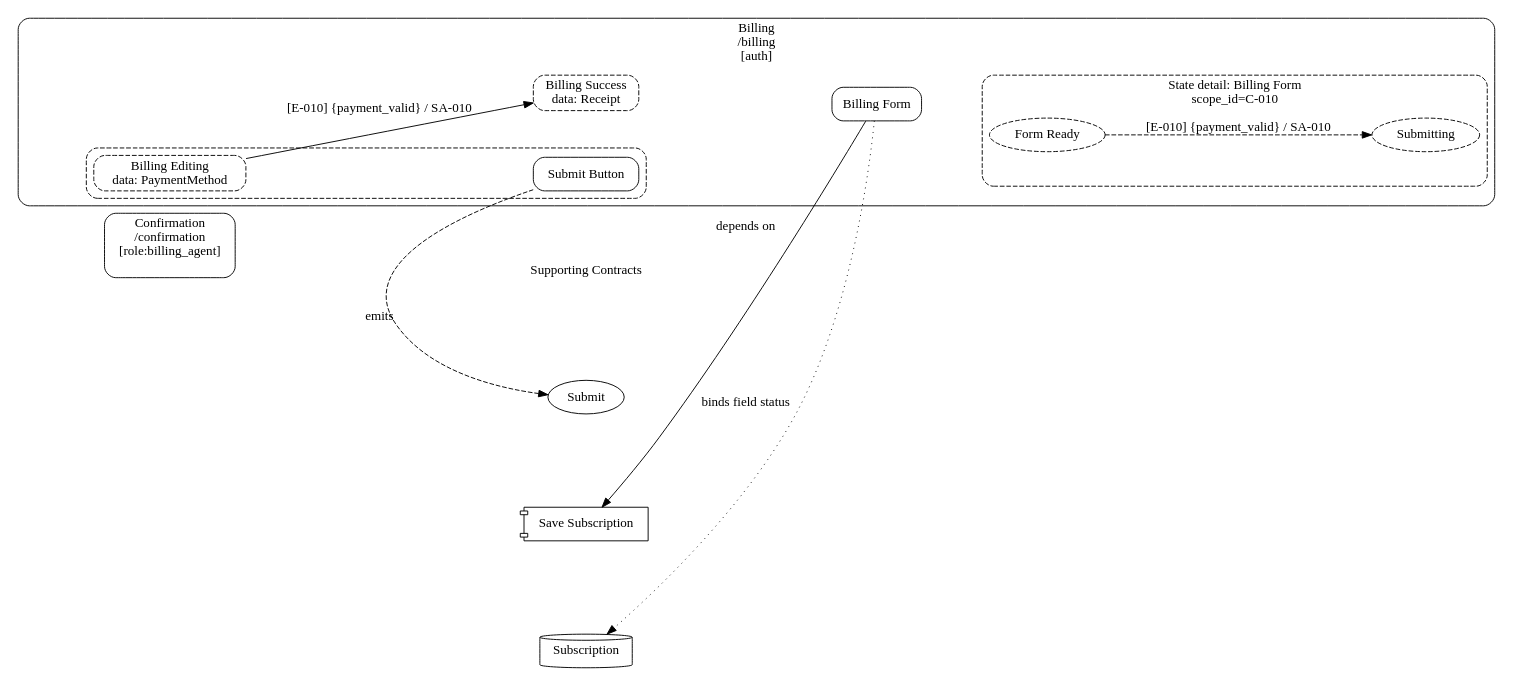
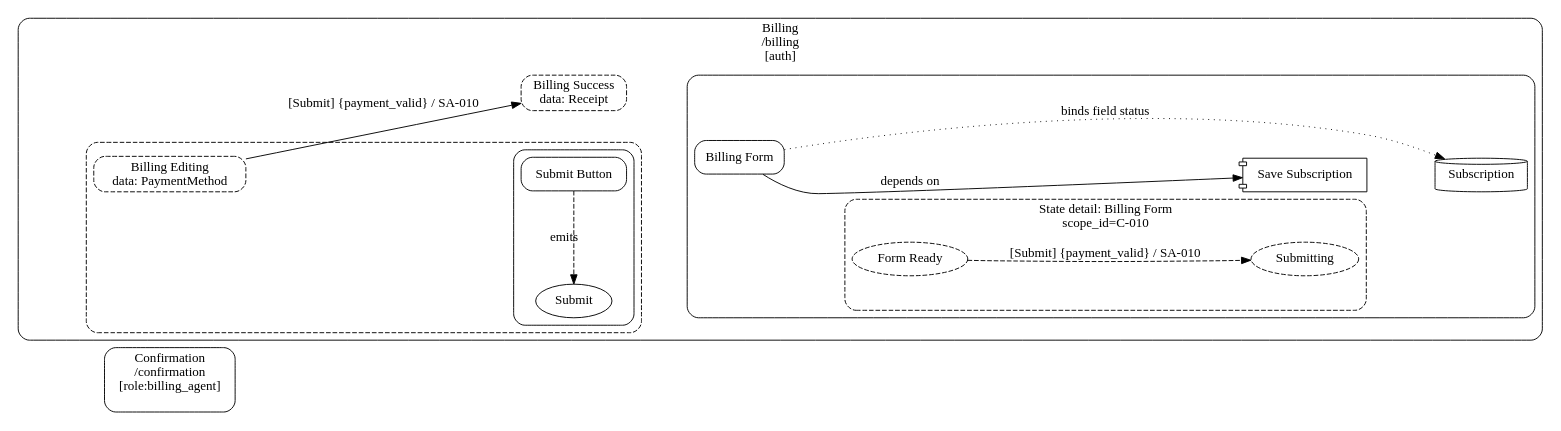
Before and after one commit to knutopia/Structured-Design-Documents: the diagram in examples/rendered/v0.1/ui_contracts_diagram_type/place_viewstate_transition_example/recommended_profile/place_viewstate_transition.ui_contracts.dot, drawn with Graphviz. The commit also changed 32 other files, not shown here.

```diff
--- a/examples/rendered/v0.1/ui_contracts_diagram_type/place_viewstate_transition_example/recommended_profile/place_viewstate_transition.ui_contracts.dot
+++ b/examples/rendered/v0.1/ui_contracts_diagram_type/place_viewstate_transition_example/recommended_profile/place_viewstate_transition.ui_contracts.dot
@@ -1,47 +1,47 @@
 digraph ui_contracts {
   rankdir=LR;
   graph [fontname="Public Sans", compound=true, nodesep=0.7, ranksep=1.0];
   node [fontname="Public Sans"];
   edge [fontname="Public Sans"];
   subgraph cluster_P_010 {
     graph [label="Billing\n/billing\n[auth]", style="rounded"];
     "P-010__anchor" [label="", shape="point", width=0, height=0, style="invis"];
     subgraph cluster_VS_010a {
       graph [label="", style="rounded,dashed"];
       "VS-010a" [shape="box", style="rounded,dashed", label="Billing Editing\ndata: PaymentMethod"];
-      "C-011" [shape="box", style="rounded", label="Submit Button"];
+      subgraph cluster_C_011 {
+        graph [label="", style="rounded"];
+        "C-011" [shape="box", style="rounded", label="Submit Button"];
+        "E-010" [shape="oval", label="Submit"];
+      }
     }
     "VS-010b" [shape="box", style="rounded,dashed", label="Billing Success\ndata: Receipt"];
-    "C-010" [shape="box", style="rounded", label="Billing Form"];
-    subgraph cluster_secondary_state_group_C_010 {
-      graph [label="State detail: Billing Form\nscope_id=C-010", style="rounded,dashed"];
-      "ST-010a" [shape="ellipse", style="dashed", label="Form Ready"];
-      "ST-010b" [shape="ellipse", style="dashed", label="Submitting"];
+    subgraph cluster_C_010 {
+      graph [label="", style="rounded"];
+      "C-010" [shape="box", style="rounded", label="Billing Form"];
+      subgraph cluster_secondary_state_group_C_010 {
+        graph [label="State detail: Billing Form\nscope_id=C-010", style="rounded,dashed"];
+        "ST-010a" [shape="ellipse", style="dashed", label="Form Ready"];
+        "ST-010b" [shape="ellipse", style="dashed", label="Submitting"];
+      }
+      "SA-010" [shape="component", label="Save Subscription"];
+      "D-010" [shape="cylinder", label="Subscription"];
     }
   }
   subgraph cluster_P_011 {
     graph [label="Confirmation\n/confirmation\n[role:billing_agent]", style="rounded"];
     "P-011__anchor" [label="", shape="point", width=0, height=0, style="invis"];
   }
-  subgraph rank_supporting_contracts__header {
-    rank=same;
-    "supporting_contracts__header" [shape=plaintext, label="Supporting Contracts"];
-    "E-010" [shape="oval", label="Submit"];
-    "SA-010" [shape="component", label="Save Subscription"];
-    "D-010" [shape="cylinder", label="Subscription"];
-  }
   "P-010__anchor" -> "P-011__anchor" [style=invis, weight=100];
-  "P-011__anchor" -> "supporting_contracts__header" [style=invis, weight=100];
   "P-010__anchor" -> "VS-010a" [style=invis, weight=100];
   "VS-010b" -> "C-010" [style=invis, weight=100];
+  "VS-010a" -> "C-011" [style=invis, weight=100];
   "C-010" -> "ST-010a" [style=invis, weight=100];
-  "VS-010a" -> "C-011" [style=invis, weight=100];
-  "supporting_contracts__header" -> "E-010" [style=invis, weight=100];
-  "E-010" -> "SA-010" [style=invis, weight=100];
+  "ST-010a" -> "SA-010" [style=invis, weight=100];
   "SA-010" -> "D-010" [style=invis, weight=100];
   "C-010" -> "D-010" [label="binds field status", style="dotted", constraint=false];
   "C-010" -> "SA-010" [label="depends on", constraint=false];
   "C-011" -> "E-010" [label="emits", style="dashed", constraint=false];
-  "ST-010a" -> "ST-010b" [label="[E-010] {payment_valid} / SA-010", style="dashed", weight=3];
-  "VS-010a" -> "VS-010b" [label="[E-010] {payment_valid} / SA-010", style="solid", weight=4];
+  "ST-010a" -> "ST-010b" [label="[Submit] {payment_valid} / SA-010", style="dashed", weight=3];
+  "VS-010a" -> "VS-010b" [label="[Submit] {payment_valid} / SA-010", style="solid", weight=4];
 }
```
